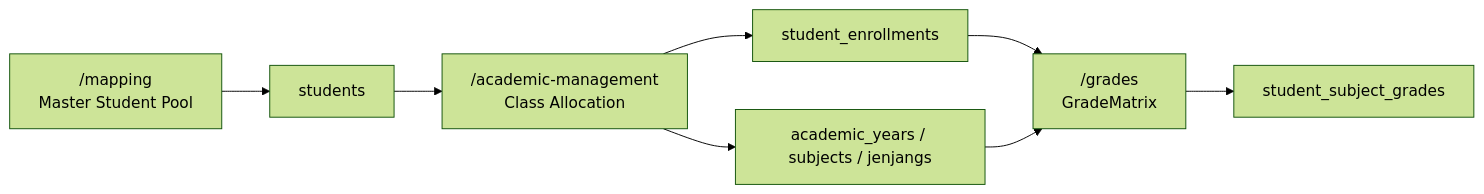
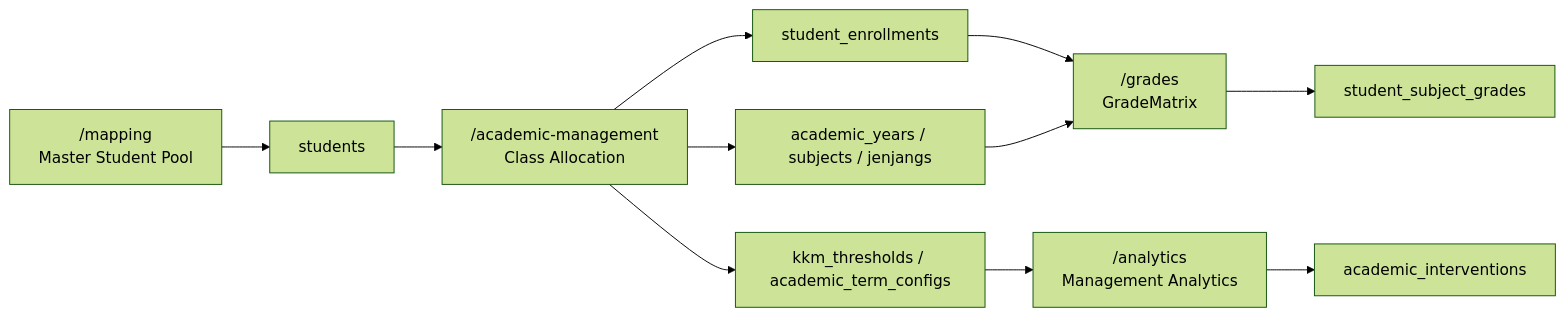
One commit to daoistmadness/operatoros changed the diagram in docs/ACADEMIC_MANAGEMENT_WORKFLOW.md. Above: the diagram before and after it, drawn with Mermaid (forest theme). The commit also changed other lines of this file and 5 other files, not shown here.

````diff
--- a/docs/ACADEMIC_MANAGEMENT_WORKFLOW.md
+++ b/docs/ACADEMIC_MANAGEMENT_WORKFLOW.md
@@ -236,10 +324,13 @@
 ```mermaid
 flowchart LR
     Mapping["/mapping<br/>Master Student Pool"] --> Students["students"]
     Students --> AcademicManagement["/academic-management<br/>Class Allocation"]
     AcademicManagement --> Enrollments["student_enrollments"]
     AcademicManagement --> MasterData["academic_years / subjects / jenjangs"]
+    AcademicManagement --> Config["kkm_thresholds / academic_term_configs"]
     Enrollments --> Grades["/grades<br/>GradeMatrix"]
     MasterData --> Grades
     Grades --> Scores["student_subject_grades"]
+    Config --> Analytics["/analytics<br/>Management Analytics"]
+    Analytics --> Interventions["academic_interventions"]
 ```
````
